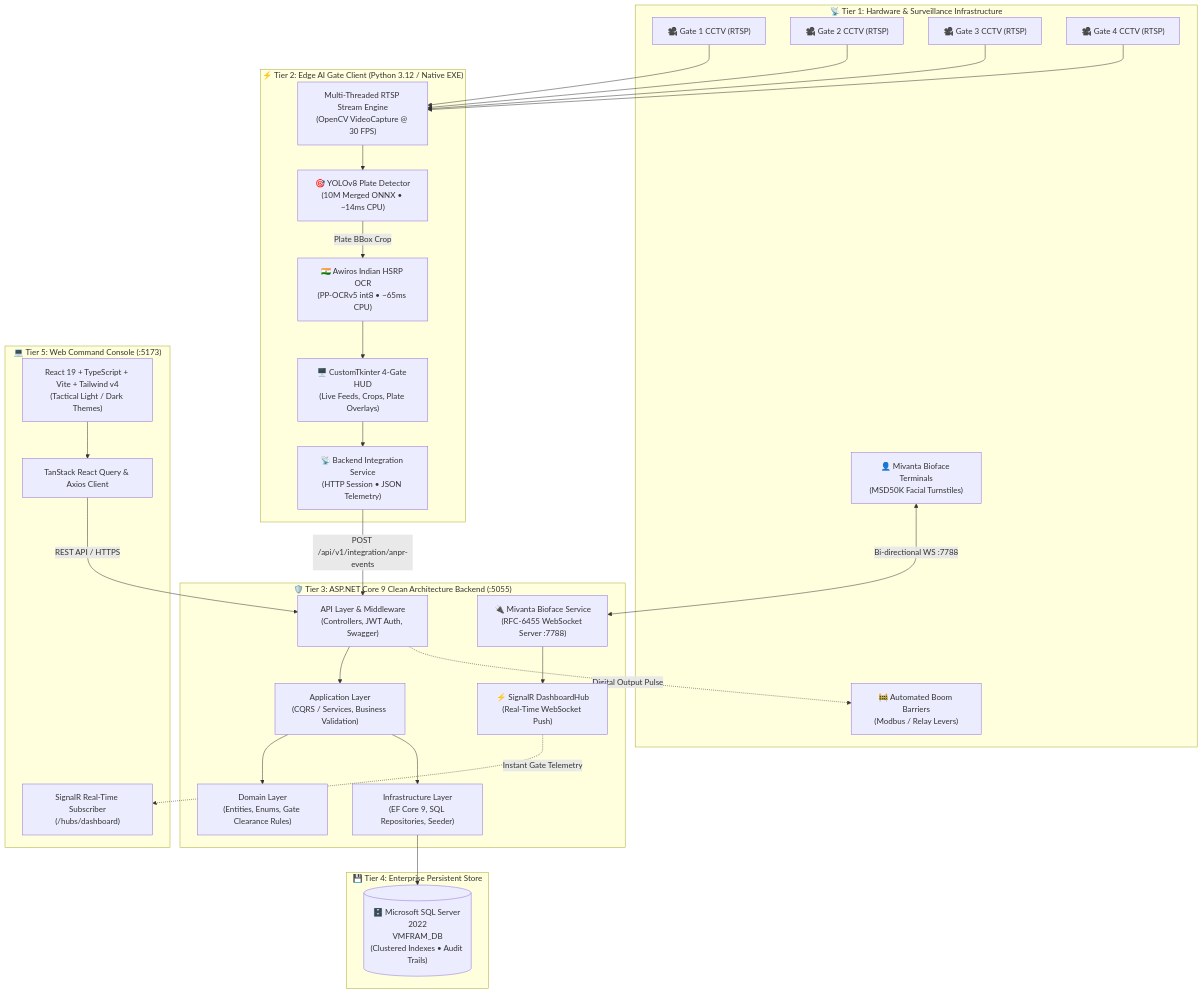
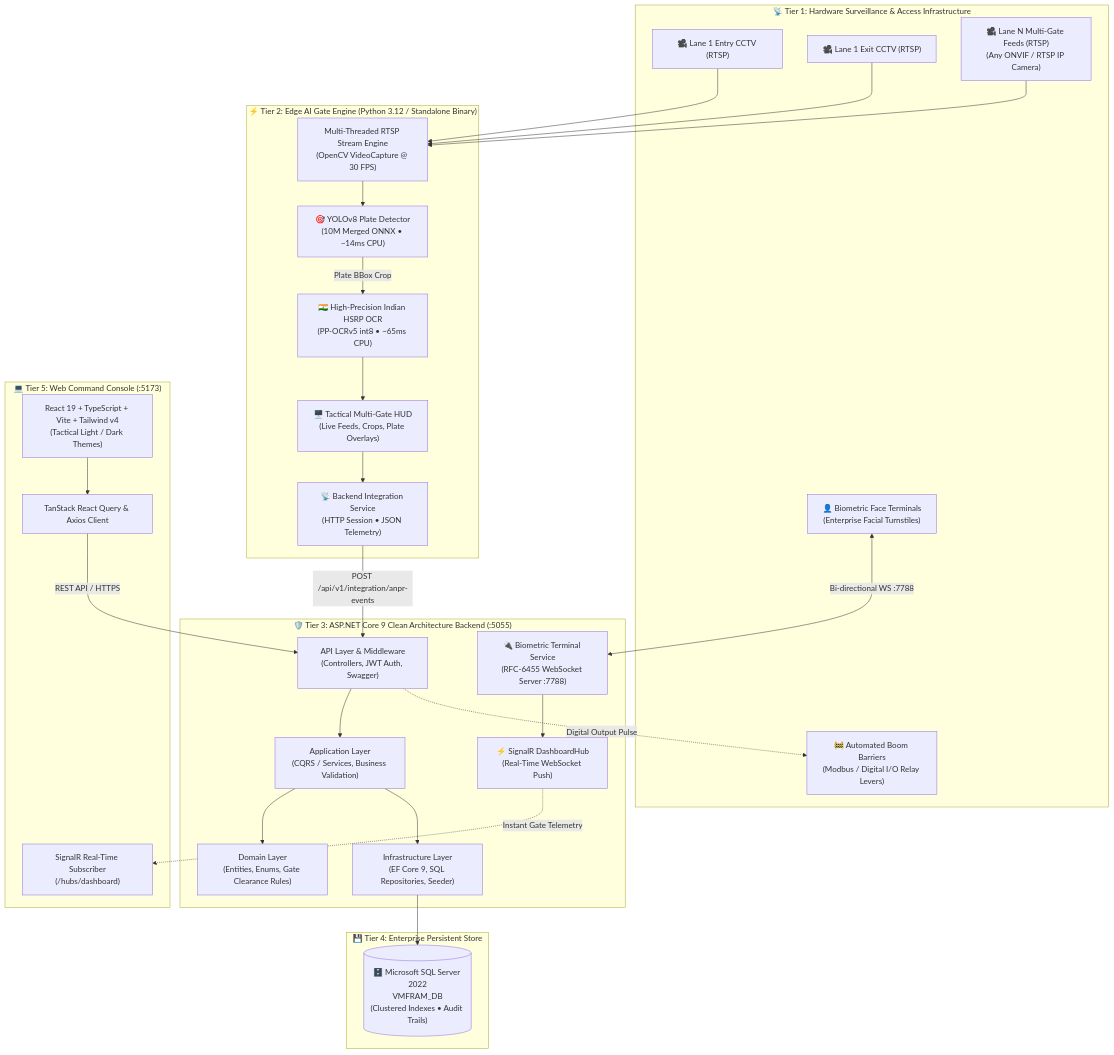
One commit to Pushpendera5/AI-ANPR-VMS changed the first of 3 diagrams in README.md. Above: the diagram before and after it, drawn with Mermaid. The commit also changed other lines of this file and 1 other file, not shown here.

Commit message:
docs: enterprise high-security access control, modular scaling, and commercial software licensing

````diff
--- a/README.md
+++ b/README.md
@@ -165,61 +168,59 @@
 ```mermaid
 graph TB
-    subgraph Tier1["📡 Tier 1: Hardware & Surveillance Infrastructure"]
-        Cam1["🎥 Gate 1 CCTV (RTSP)"]
-        Cam2["🎥 Gate 2 CCTV (RTSP)"]
-        Cam3["🎥 Gate 3 CCTV (RTSP)"]
-        Cam4["🎥 Gate 4 CCTV (RTSP)"]
-        BarrierRelay["🚧 Automated Boom Barriers\n(Modbus / Relay Levers)"]
-        BioTerminal["👤 Mivanta Bioface Terminals\n(MSD50K Facial Turnstiles)"]
+    subgraph Tier1["📡 Tier 1: Hardware Surveillance & Access Infrastructure"]
+        Cam1["🎥 Lane 1 Entry CCTV (RTSP)"]
+        Cam2["🎥 Lane 1 Exit CCTV (RTSP)"]
+        CamN["🎥 Lane N Multi-Gate Feeds (RTSP)\n(Any ONVIF / RTSP IP Camera)"]
+        BarrierRelay["🚧 Automated Boom Barriers\n(Modbus / Digital I/O Relay Levers)"]
+        BioTerminal["👤 Biometric Face Terminals\n(Enterprise Facial Turnstiles)"]
     end
 
-    subgraph Tier2["⚡ Tier 2: Edge AI Gate Client (Python 3.12 / Native EXE)"]
+    subgraph Tier2["⚡ Tier 2: Edge AI Gate Engine (Python 3.12 / Standalone Binary)"]
         RTSPWorker["Multi-Threaded RTSP Stream Engine\n(OpenCV VideoCapture @ 30 FPS)"]
         YOLODetect["🎯 YOLOv8 Plate Detector\n(10M Merged ONNX • ~14ms CPU)"]
-        OCRRecog["🇮🇳 Awiros Indian HSRP OCR\n(PP-OCRv5 int8 • ~65ms CPU)"]
-        ClientHUD["🖥️ CustomTkinter 4-Gate HUD\n(Live Feeds, Crops, Plate Overlays)"]
+        OCRRecog["🇮🇳 High-Precision Indian HSRP OCR\n(PP-OCRv5 int8 • ~65ms CPU)"]
+        ClientHUD["🖥️ Tactical Multi-Gate HUD\n(Live Feeds, Crops, Plate Overlays)"]
         IntegrationClient["📡 Backend Integration Service\n(HTTP Session • JSON Telemetry)"]
         
         RTSPWorker --> YOLODetect
         YOLODetect -->|Plate BBox Crop| OCRRecog
         OCRRecog --> ClientHUD
         ClientHUD --> IntegrationClient
     end
 
     subgraph Tier3["🛡️ Tier 3: ASP.NET Core 9 Clean Architecture Backend (:5055)"]
         ApiGateway["API Layer & Middleware\n(Controllers, JWT Auth, Swagger)"]
         SignalRHub["⚡ SignalR DashboardHub\n(Real-Time WebSocket Push)"]
-        BiofaceService["🔌 Mivanta Bioface Service\n(RFC-6455 WebSocket Server :7788)"]
+        BiofaceService["🔌 Biometric Terminal Service\n(RFC-6455 WebSocket Server :7788)"]
         AppLogic["Application Layer\n(CQRS / Services, Business Validation)"]
         DomainEntities["Domain Layer\n(Entities, Enums, Gate Clearance Rules)"]
         InfraRepo["Infrastructure Layer\n(EF Core 9, SQL Repositories, Seeder)"]
         
         ApiGateway --> AppLogic
         BiofaceService --> SignalRHub
         AppLogic --> DomainEntities
         AppLogic --> InfraRepo
     end
 
     subgraph Tier4["💾 Tier 4: Enterprise Persistent Store"]
         SQLDB[("🗄️ Microsoft SQL Server 2022\nVMFRAM_DB\n(Clustered Indexes • Audit Trails)")]
         InfraRepo --> SQLDB
     end
 
     subgraph Tier5["💻 Tier 5: Web Command Console (:5173)"]
         WebConsole["React 19 + TypeScript + Vite + Tailwind v4\n(Tactical Light / Dark Themes)"]
         QueryCache["TanStack React Query & Axios Client"]
         LiveSubscriber["SignalR Real-Time Subscriber\n(/hubs/dashboard)"]
         
         SignalRHub -.->|Instant Gate Telemetry| LiveSubscriber
         WebConsole --> QueryCache
         QueryCache -->|REST API / HTTPS| ApiGateway
     end
 
     Cam1 --> RTSPWorker
     Cam2 --> RTSPWorker
-    Cam3 --> RTSPWorker
-    Cam4 --> RTSPWorker
+    CamN --> RTSPWorker
     IntegrationClient -->|POST /api/v1/integration/anpr-events| ApiGateway
     ApiGateway -.->|Digital Output Pulse| BarrierRelay
     BioTerminal <-->|Bi-directional WS :7788| BiofaceService
 ```
````
